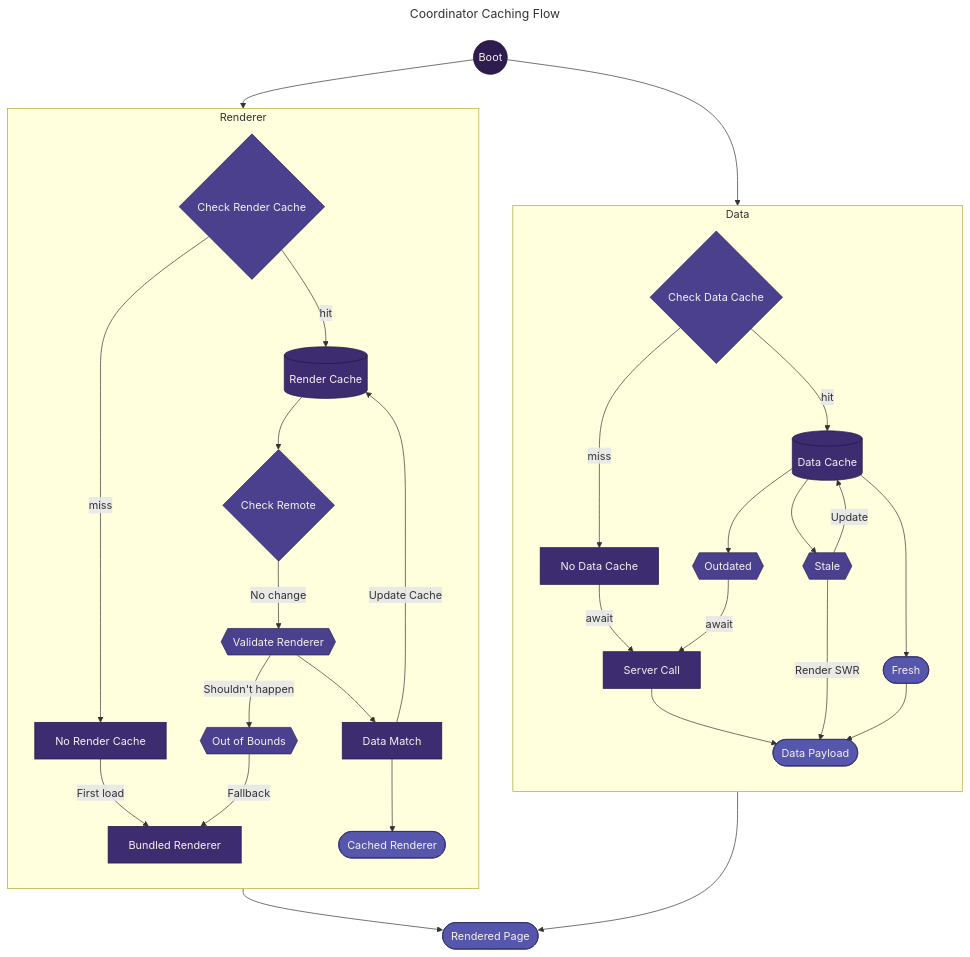
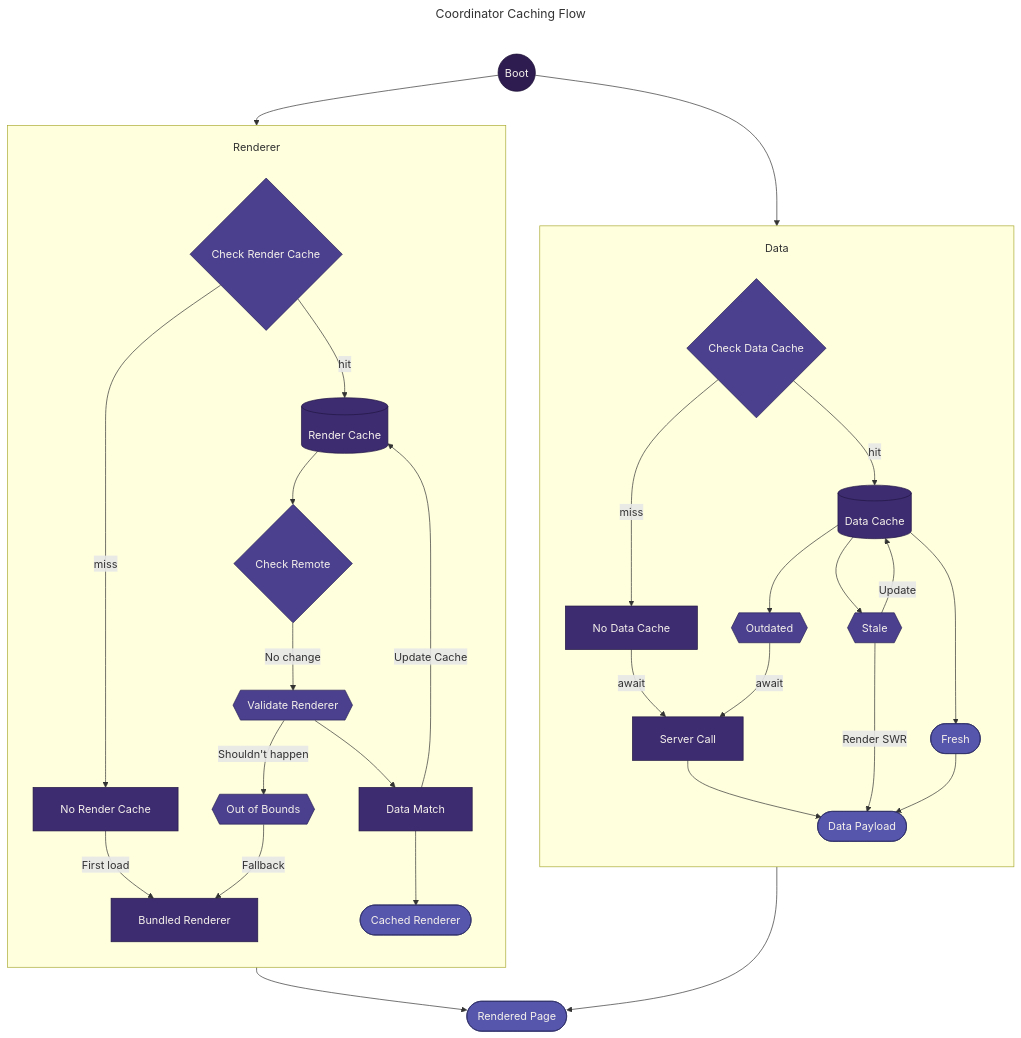
The diagram in docs/meta/charts/coordinator-cache-flow.md (mozilla/home-new-tab), drawn with Mermaid before and after one commit. The commit also changed 3 other files, not shown here.

Commit message:
docs(charts): refine style for better reading

````diff
--- a/docs/meta/charts/coordinator-cache-flow.md
+++ b/docs/meta/charts/coordinator-cache-flow.md
@@ -1,70 +1,76 @@
 ```mermaid
 ---
 title: Coordinator Caching Flow
+config:
+  flowchart:
+    padding: 20
+    subGraphTitleMargin:
+      top: 20
+      bottom: 20
 ---
 flowchart TD
     start@{label: "Boot", shape: circle} --> Renderer
     start --> Data
     Renderer --> result
     Data --> result
     result@{label: "Rendered Page", shape: stadium}
 
     subgraph Data
         direction TB
         checkData@{label: "Check Data Cache", shape: diamond}
         dataHit@{label: "Data Cache", shape: cylinder}
         dataMiss@{label: "No Data Cache", shape: rect}
         outdated@{label: "Outdated", shape: hexagon}
         stale@{label: "Stale", shape: hexagon}
         fresh@{label: "Fresh", shape: stadium}
         serverCall@{label: "Server Call", shape: rect}
         dataPayload@{label: "Data Payload", shape: stadium}
 
         checkData -->|hit| dataHit
         checkData -->|miss| dataMiss
         dataMiss -->|await| serverCall
         dataHit --> outdated
         outdated -->|await| serverCall
         dataHit --> stale
         dataHit --> fresh
         serverCall --> dataPayload
         stale -->|Render SWR| dataPayload
         stale -->|Update| dataHit
         fresh --> dataPayload
     end
 
     subgraph Renderer
         direction TB
         checkRender@{label: "Check Render Cache", shape: diamond}
         renderHit@{label: "Render Cache", shape: cylinder}
         renderMiss@{label: "No Render Cache", shape: rect}
         bundled@{label: "Bundled Renderer", shape: rect}
         checkRemote@{label: "Check Remote", shape: diamond}
         validate@{label: "Validate Renderer", shape: hexagon}
         dataMatch@{label: "Data Match", shape: rect}
         outOfBounds@{label: "Out of Bounds", shape: hexagon}
         cached@{label: "Cached Renderer", shape: stadium}
 
         checkRender -->|hit| renderHit
         checkRender -->|miss| renderMiss
         renderMiss -->|First load| bundled
         renderHit --> checkRemote
         checkRemote -->|No change| validate
         validate --> dataMatch
         validate -->|Shouldn't happen| outOfBounds
         outOfBounds -->|Fallback| bundled
         dataMatch --> cached
         dataMatch -->|Update Cache| renderHit
     end
 
     classDef deepest fill:#2e1c51,stroke:#190d30,color:#f5f0eb
     classDef deep fill:#3d2c70,stroke:#211643,color:#f5f0eb
     classDef mid fill:#4a408e,stroke:#282155,color:#f5f0eb
     classDef light fill:#5656ad,stroke:#2e2e68,color:#f5f0eb
 
     class start deepest
     class checkData,checkRender,checkRemote mid
     class dataHit,dataMiss,renderHit,renderMiss,serverCall,dataMatch,bundled deep
     class validate,outdated,stale,outOfBounds mid
     class fresh,dataPayload,cached,result light
 ```
````
